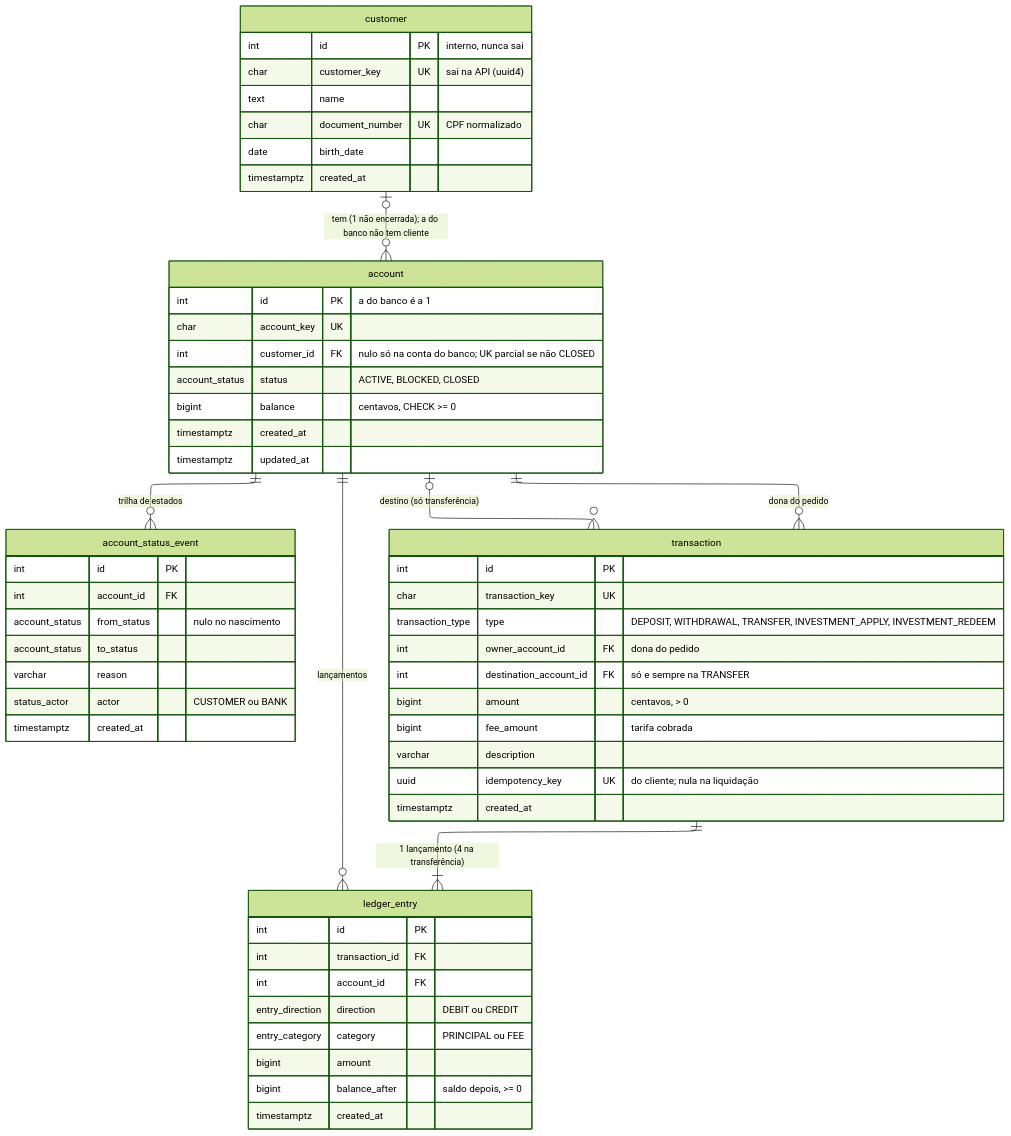
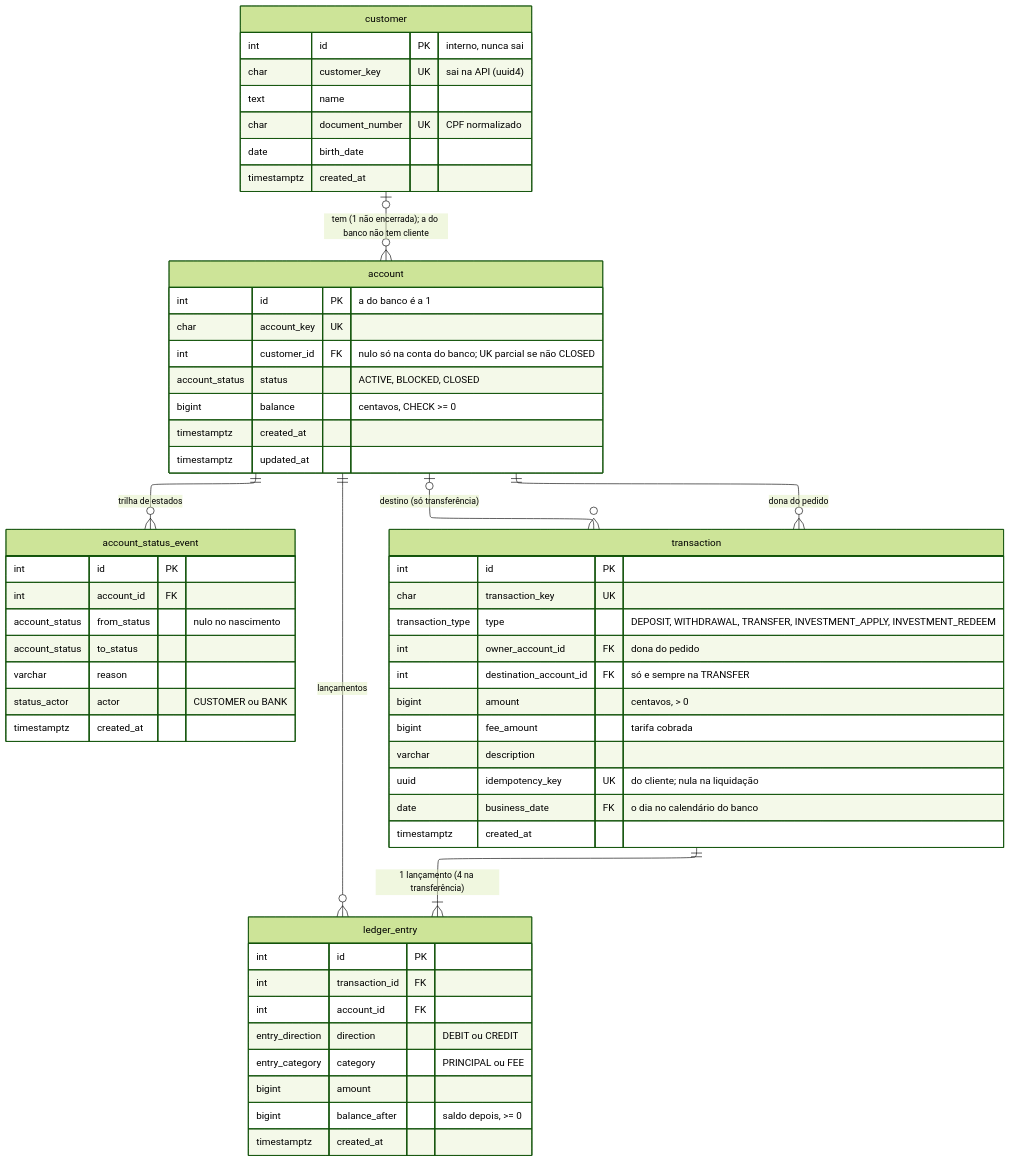
Before and after one commit to heluylucas/bootcamp-qi-tech-presidas-: the diagram in docs/diagramas/er-nucleo.mmd, drawn with Mermaid (forest theme). The commit also changed 7 other files, not shown here.

Commit message:
:tada: add: revenue-accrual-&-transaction-business-date

```diff
--- a/docs/diagramas/er-nucleo.mmd
+++ b/docs/diagramas/er-nucleo.mmd
@@ -1,63 +1,64 @@
 ---
 config:
   layout: elk
   elk:
     mergeEdges: false
     nodePlacementStrategy: NETWORK_SIMPLEX
 ---
 erDiagram
     customer |o--o{ account : "tem (1 não encerrada); a do banco não tem cliente"
     account ||--o{ account_status_event : "trilha de estados"
     account ||--o{ transaction : "dona do pedido"
     account |o--o{ transaction : "destino (só transferência)"
     transaction ||--|{ ledger_entry : "1 lançamento (4 na transferência)"
     account ||--o{ ledger_entry : "lançamentos"
 
     customer {
         int id PK "interno, nunca sai"
         char customer_key UK "sai na API (uuid4)"
         text name
         char document_number UK "CPF normalizado"
         date birth_date
         timestamptz created_at
     }
     account {
         int id PK "a do banco é a 1"
         char account_key UK
         int customer_id FK "nulo só na conta do banco; UK parcial se não CLOSED"
         account_status status "ACTIVE, BLOCKED, CLOSED"
         bigint balance "centavos, CHECK >= 0"
         timestamptz created_at
         timestamptz updated_at
     }
     account_status_event {
         int id PK
         int account_id FK
         account_status from_status "nulo no nascimento"
         account_status to_status
         varchar reason
         status_actor actor "CUSTOMER ou BANK"
         timestamptz created_at
     }
     transaction {
         int id PK
         char transaction_key UK
         transaction_type type "DEPOSIT, WITHDRAWAL, TRANSFER, INVESTMENT_APPLY, INVESTMENT_REDEEM"
         int owner_account_id FK "dona do pedido"
         int destination_account_id FK "só e sempre na TRANSFER"
         bigint amount "centavos, > 0"
         bigint fee_amount "tarifa cobrada"
         varchar description
         uuid idempotency_key UK "do cliente; nula na liquidação"
+        date business_date FK "o dia no calendário do banco"
         timestamptz created_at
     }
     ledger_entry {
         int id PK
         int transaction_id FK
         int account_id FK
         entry_direction direction "DEBIT ou CREDIT"
         entry_category category "PRINCIPAL ou FEE"
         bigint amount
         bigint balance_after "saldo depois, >= 0"
         timestamptz created_at
     }
```
